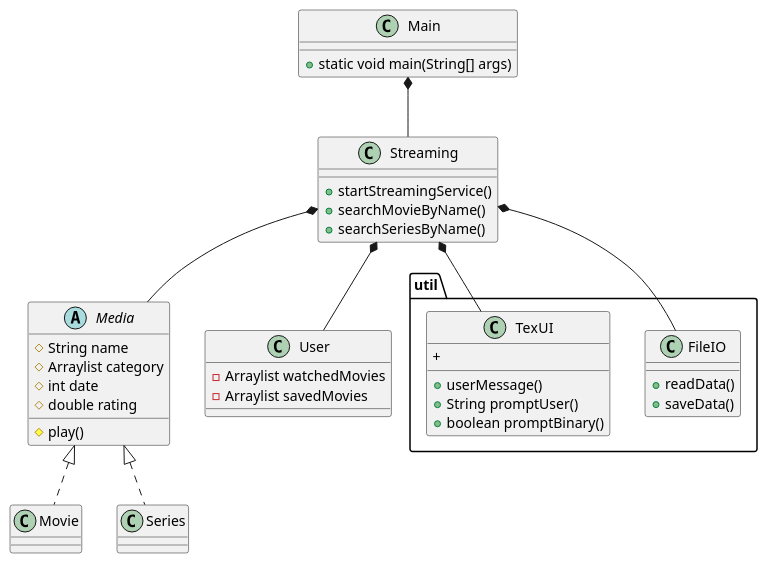
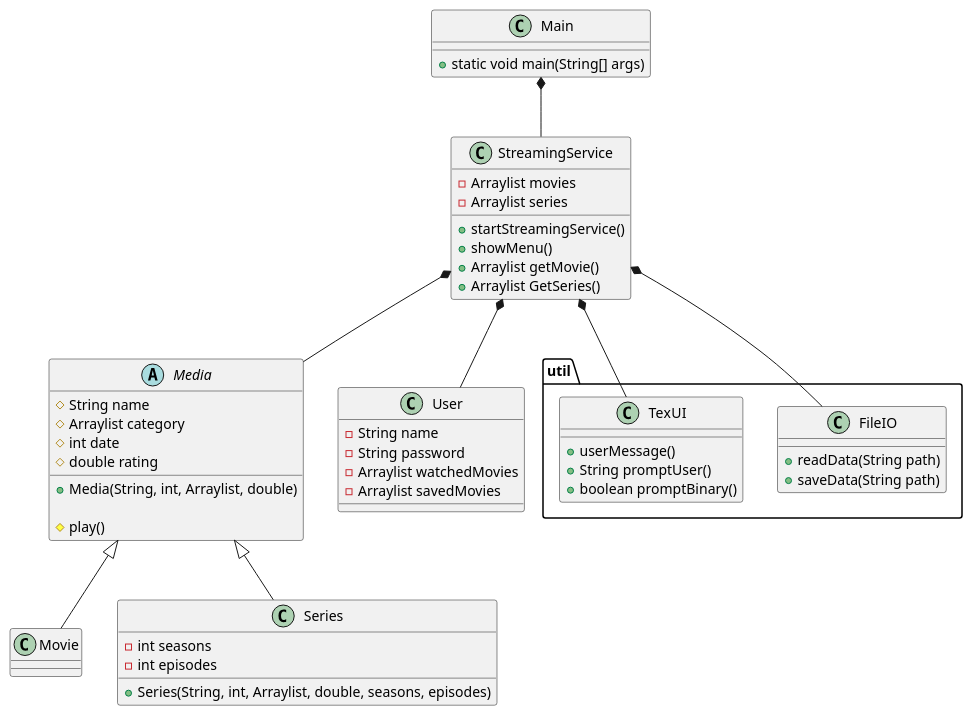
Before and after one commit to Studiegruppe-B/SP3-Streamingtjeneste: the diagram in doc/static/classDiagram.puml, drawn with PlantUML.

Commit message:
class diagram update

```diff
--- a/doc/static/classDiagram.puml
+++ b/doc/static/classDiagram.puml
@@ -1,57 +1,67 @@
 @startuml
 class Main{
 + static void main(String[] args)
 
 }
 
-class Streaming{
+class StreamingService{
+- Arraylist movies
+- Arraylist series
 + startStreamingService()
-+ searchMovieByName()
-+ searchSeriesByName()
++ showMenu()
++ Arraylist getMovie()
++ Arraylist GetSeries()
 }
 
 
 
 
 abstract class Media{
 # String name
 # Arraylist category
 # int date
 # double rating
++ Media(String, int, Arraylist, double)
 
 # play()
 }
 
 class Movie{
+
 }
 
 class Series{
++ Series(String, int, Arraylist, double, seasons, episodes)
+- int seasons
+- int episodes
 }
 
 class User{
+- String name
+- String password
 - Arraylist watchedMovies
 - Arraylist savedMovies
 }
 
 package "util"{
 class FileIO{
-+ readData()
-+ saveData()
++ readData(String path)
++ saveData(String path)
 }
 
 class TexUI{
 + userMessage()
 + String promptUser()
 + boolean promptBinary()
-+
+
 }
 }
 
-Main *-- Streaming
-Streaming *-- Media
-Streaming *-- FileIO
-Streaming *-- TexUI
-Streaming *-- User
-Media <|.. Movie
-Media <|.. Series
+Main *-- StreamingService
+StreamingService *-- Media
+StreamingService *-- FileIO
+StreamingService *-- TexUI
+StreamingService *-- User
+Media <|-- Movie
+Media <|-- Series
 @enduml
```
